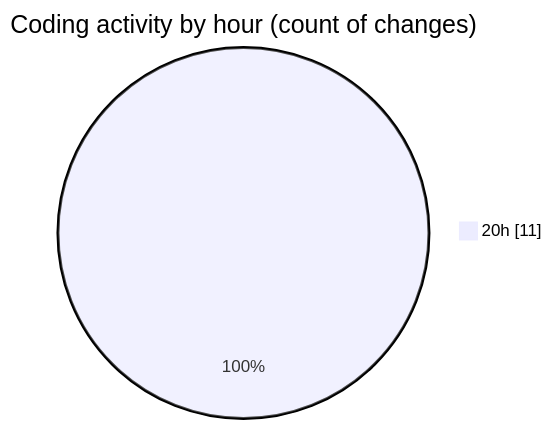
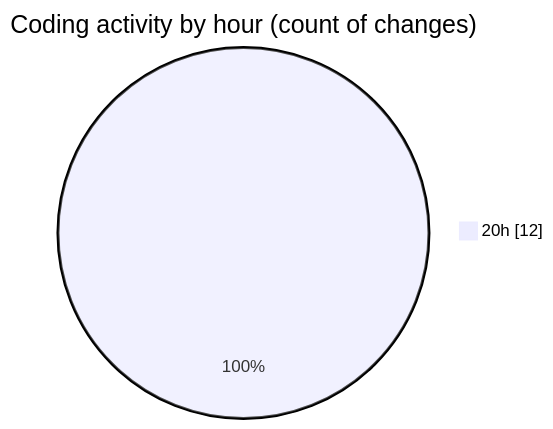
The second of 2 diagrams in 2026-05-28/assignment_3/README.md (Unknowalive/code-tracking), drawn with Mermaid before and after one commit. The commit also changed other lines of this file and 1 other file, not shown here.

````diff
--- a/2026-05-28/assignment_3/README.md
+++ b/2026-05-28/assignment_3/README.md
@@ -38,5 +39,5 @@
 ```mermaid
 pie showData
 title Coding activity by hour (count of changes)
-"20h" : 11
+"20h" : 12
 ```
````
